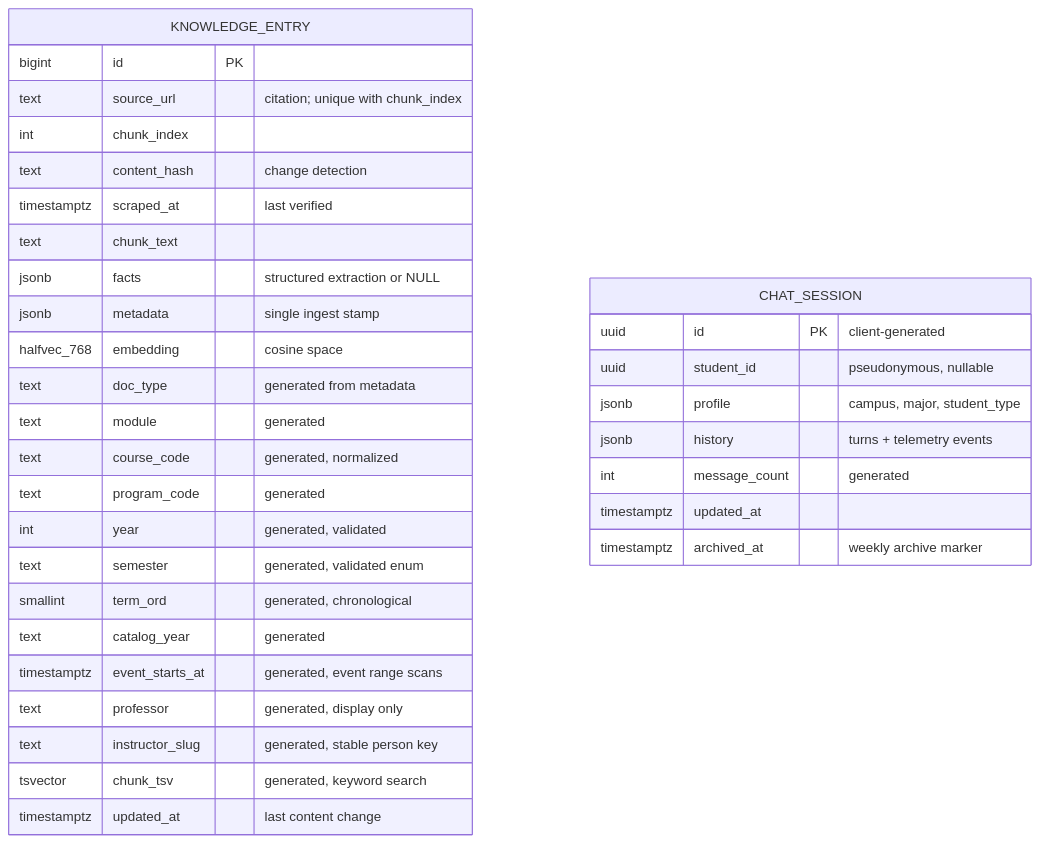
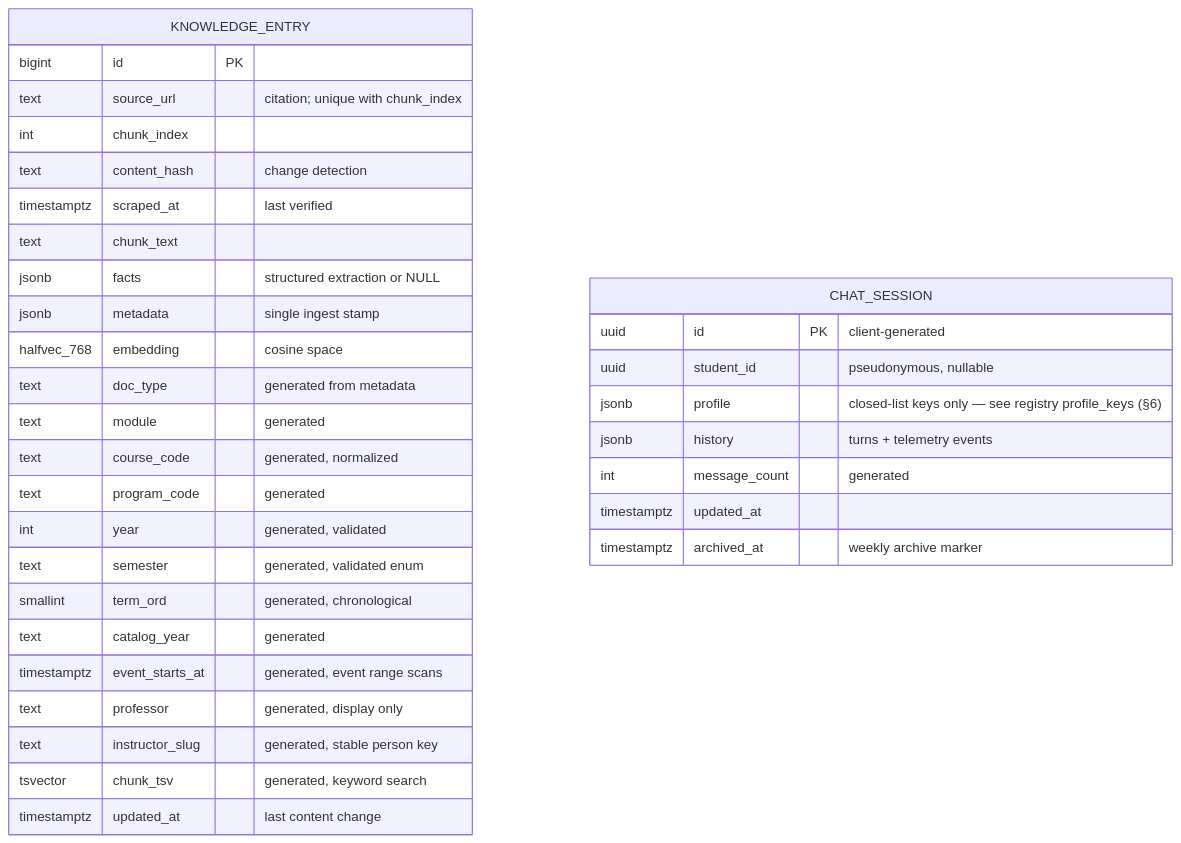
The diagram in docs/DATABASE_ARCHITECTURE.md (Dallas-College-AI-Club/success-coach-chatbot), drawn with Mermaid before and after one commit. The commit also changed other lines of this file and 4 other files, not shown here.

````diff
--- a/docs/DATABASE_ARCHITECTURE.md
+++ b/docs/DATABASE_ARCHITECTURE.md
@@ -51,36 +51,36 @@
 ```mermaid
 erDiagram
     KNOWLEDGE_ENTRY {
         bigint id PK
         text source_url "citation; unique with chunk_index"
         int chunk_index
         text content_hash "change detection"
         timestamptz scraped_at "last verified"
         text chunk_text
         jsonb facts "structured extraction or NULL"
         jsonb metadata "single ingest stamp"
         halfvec_768 embedding "cosine space"
         text doc_type "generated from metadata"
         text module "generated"
         text course_code "generated, normalized"
         text program_code "generated"
         int year "generated, validated"
         text semester "generated, validated enum"
         smallint term_ord "generated, chronological"
         text catalog_year "generated"
         timestamptz event_starts_at "generated, event range scans"
         text professor "generated, display only"
         text instructor_slug "generated, stable person key"
         tsvector chunk_tsv "generated, keyword search"
         timestamptz updated_at "last content change"
     }
     CHAT_SESSION {
         uuid id PK "client-generated"
         uuid student_id "pseudonymous, nullable"
-        jsonb profile "campus, major, student_type"
+        jsonb profile "closed-list keys only — see registry profile_keys (§6)"
         jsonb history "turns + telemetry events"
         int message_count "generated"
         timestamptz updated_at
         timestamptz archived_at "weekly archive marker"
     }
 ```
````
